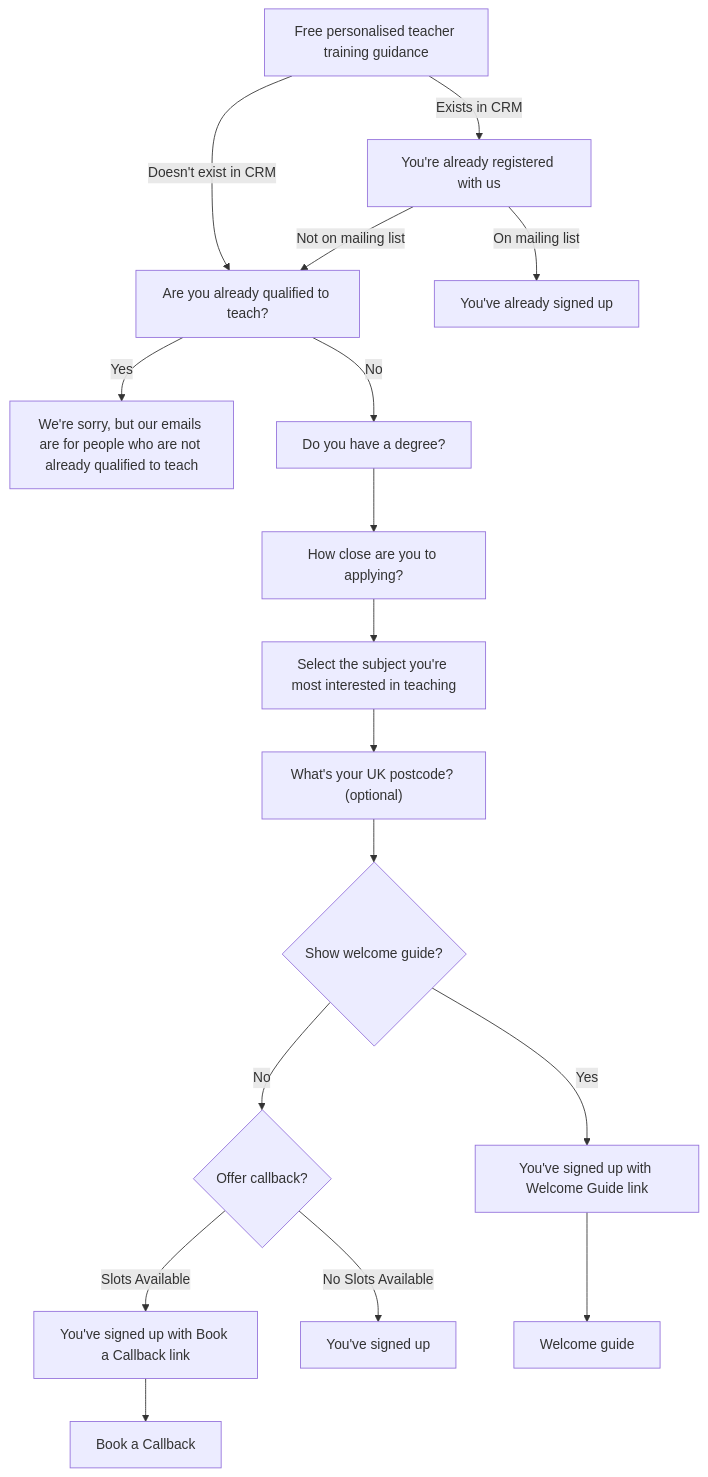
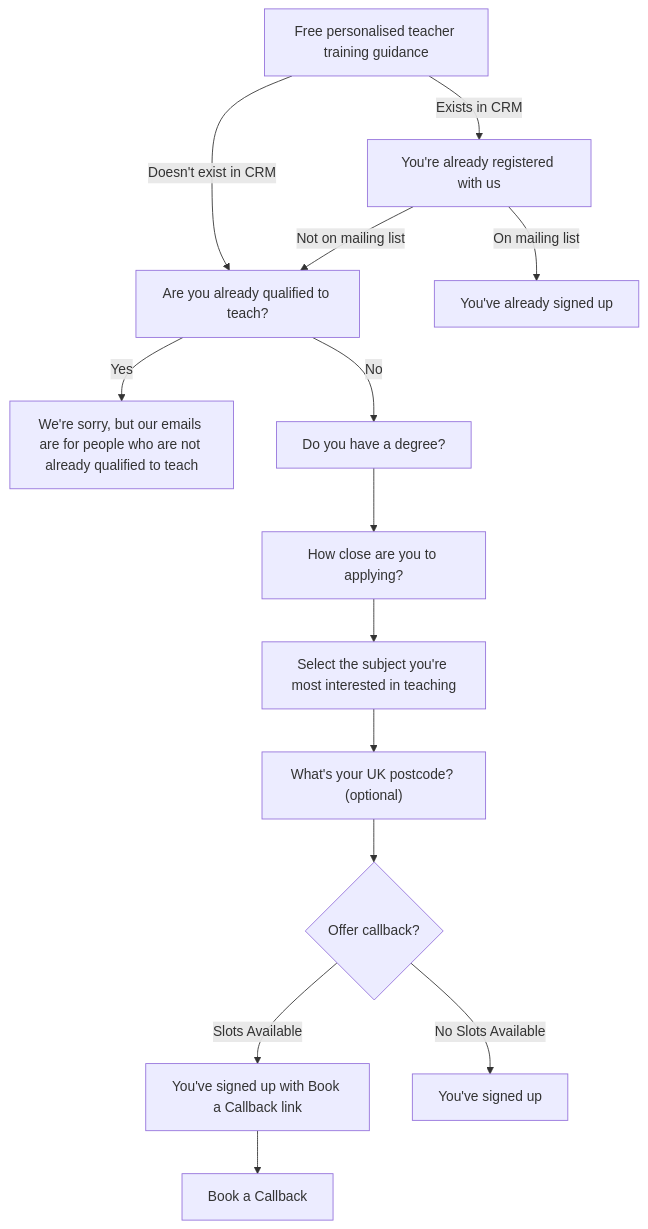
Before and after one commit to DFE-Digital/get-into-teaching-app: the first of 3 diagrams in docs/sign-up-journeys.md, drawn with Mermaid. The commit also changed other lines of this file and 7 other files, not shown here.

Commit message:
Remove welcome guide

````diff
--- a/docs/sign-up-journeys.md
+++ b/docs/sign-up-journeys.md
@@ -7,28 +7,23 @@
 ```mermaid
 graph TD;
   name[Free personalised teacher training guidance] -- Doesn't exist in CRM --> returning_teacher[Are you already qualified to teach?]
   name -- Exists in CRM --> authenticate[You're already registered with us]
   
   returning_teacher -- Yes --> already_qualified[We're sorry, but our emails are for people who are not already qualified to teach]
   returning_teacher -- No --> degree_status[Do you have a degree?]
 
   authenticate -- Not on mailing list --> returning_teacher
   authenticate -- On mailing list --> signed_up_already[You've already signed up]
   degree_status --> teacher_training[How close are you to applying?]
   
   teacher_training --> subject[Select the subject you're most interested in teaching]
 
   subject --> postcode["What's your UK postcode? (optional)"]
   
-  postcode --> show_welcome_guide{Show welcome guide?}
-  
-  show_welcome_guide -- Yes --> completed_with_welcome_guide[You've signed up with Welcome Guide link]
-  show_welcome_guide -- No --> offer_callback{Offer callback?}
+  postcode --> offer_callback{Offer callback?}
   
   offer_callback -- Slots Available --> completed_with_callback["You've signed up with Book a Callback link"]
   offer_callback -- No Slots Available --> completed[You've signed up] 
 
-  completed_with_welcome_guide --> welcome_guide[Welcome guide]
-
   completed_with_callback --> book_a_callback[Book a Callback]
 ```
````
